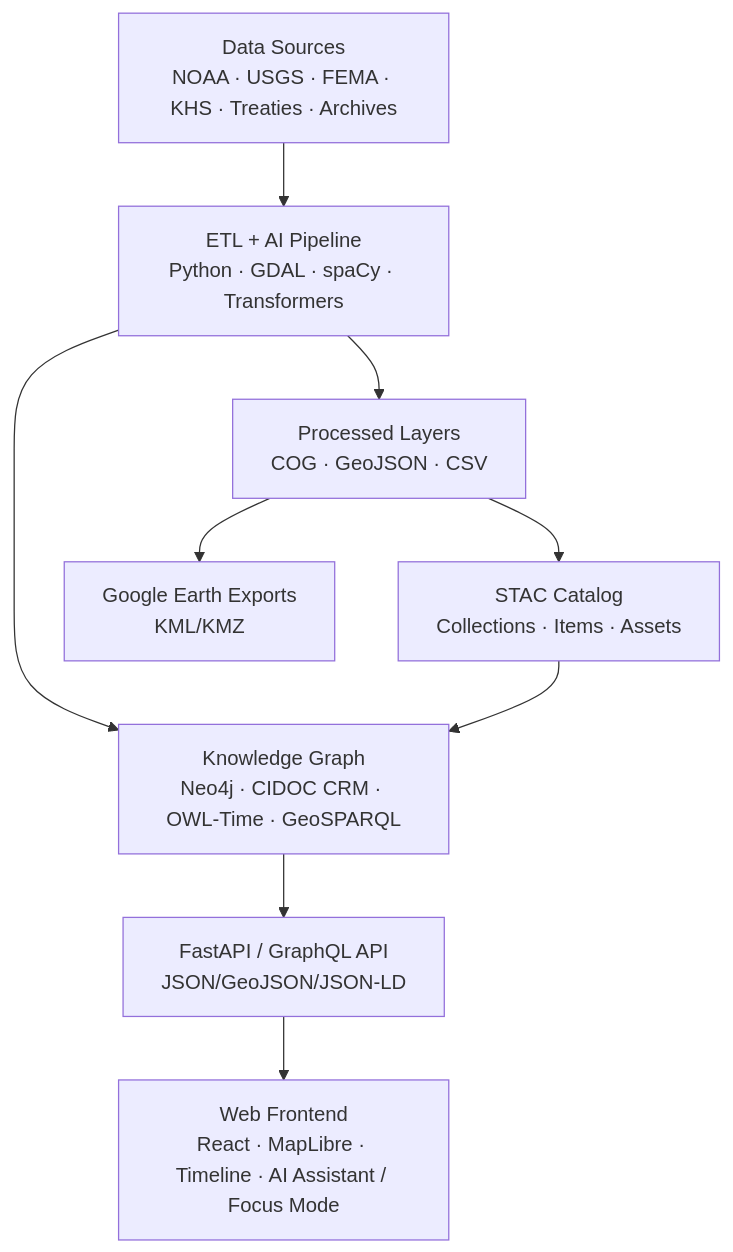
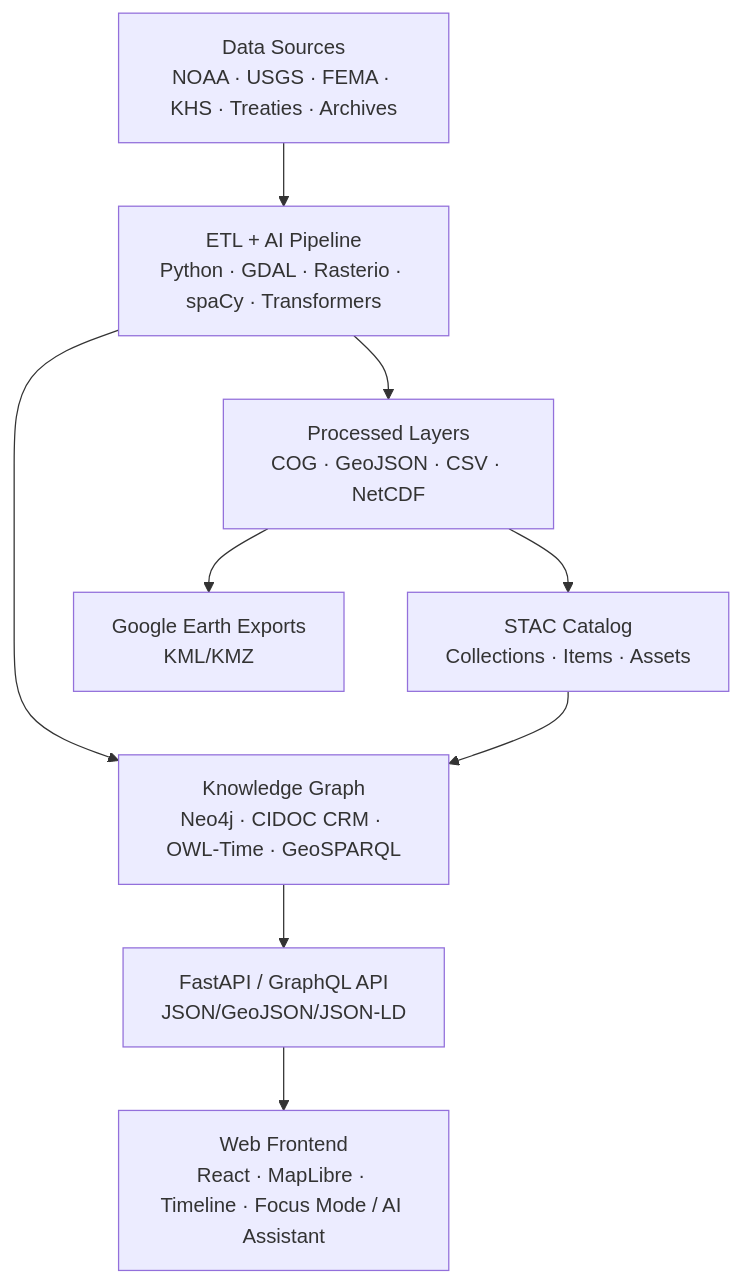
The diagram in README.md (bartytime4life/Kansas-Frontier-Matrix), drawn with Mermaid before and after one commit. The commit also changed other lines of this file, not shown here.

````diff
--- a/README.md
+++ b/README.md
@@ -77,12 +92,12 @@
 ```mermaid
 flowchart TD
   A["Data Sources<br/>NOAA · USGS · FEMA · KHS · Treaties · Archives"]
-    --> B["ETL + AI Pipeline<br/>Python · GDAL · spaCy · Transformers"]
-  B --> C["Processed Layers<br/>COG · GeoJSON · CSV"]
+    --> B["ETL + AI Pipeline<br/>Python · GDAL · Rasterio · spaCy · Transformers"]
+  B --> C["Processed Layers<br/>COG · GeoJSON · CSV · NetCDF"]
   C --> D["STAC Catalog<br/>Collections · Items · Assets"]
   B --> E["Knowledge Graph<br/>Neo4j · CIDOC CRM · OWL-Time · GeoSPARQL"]
   D --> E
   E --> F["FastAPI / GraphQL API<br/>JSON/GeoJSON/JSON-LD"]
-  F --> G["Web Frontend<br/>React · MapLibre · Timeline · AI Assistant / Focus Mode"]
+  F --> G["Web Frontend<br/>React · MapLibre · Timeline · Focus Mode / AI Assistant"]
   C --> H["Google Earth Exports<br/>KML/KMZ"]
 ```
````
